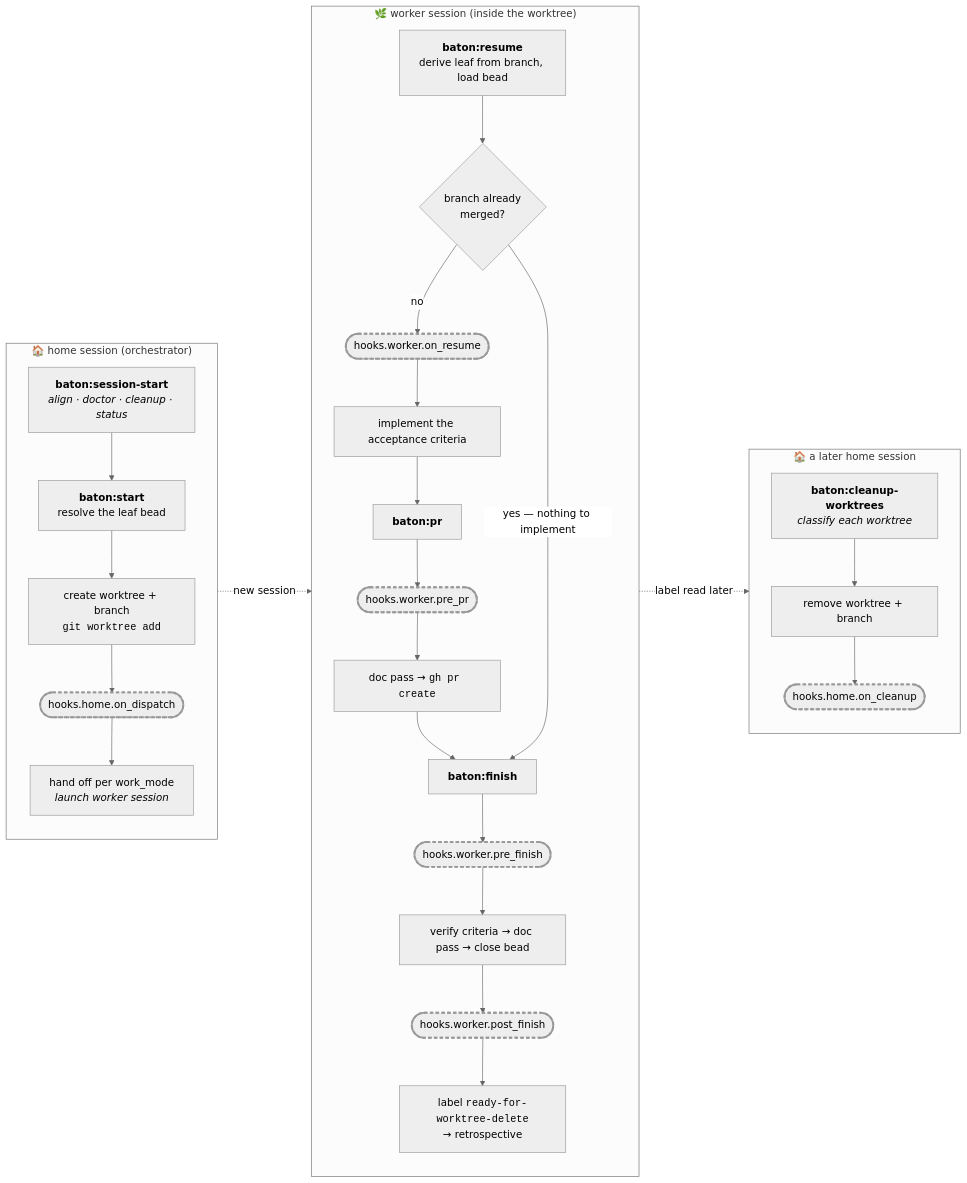
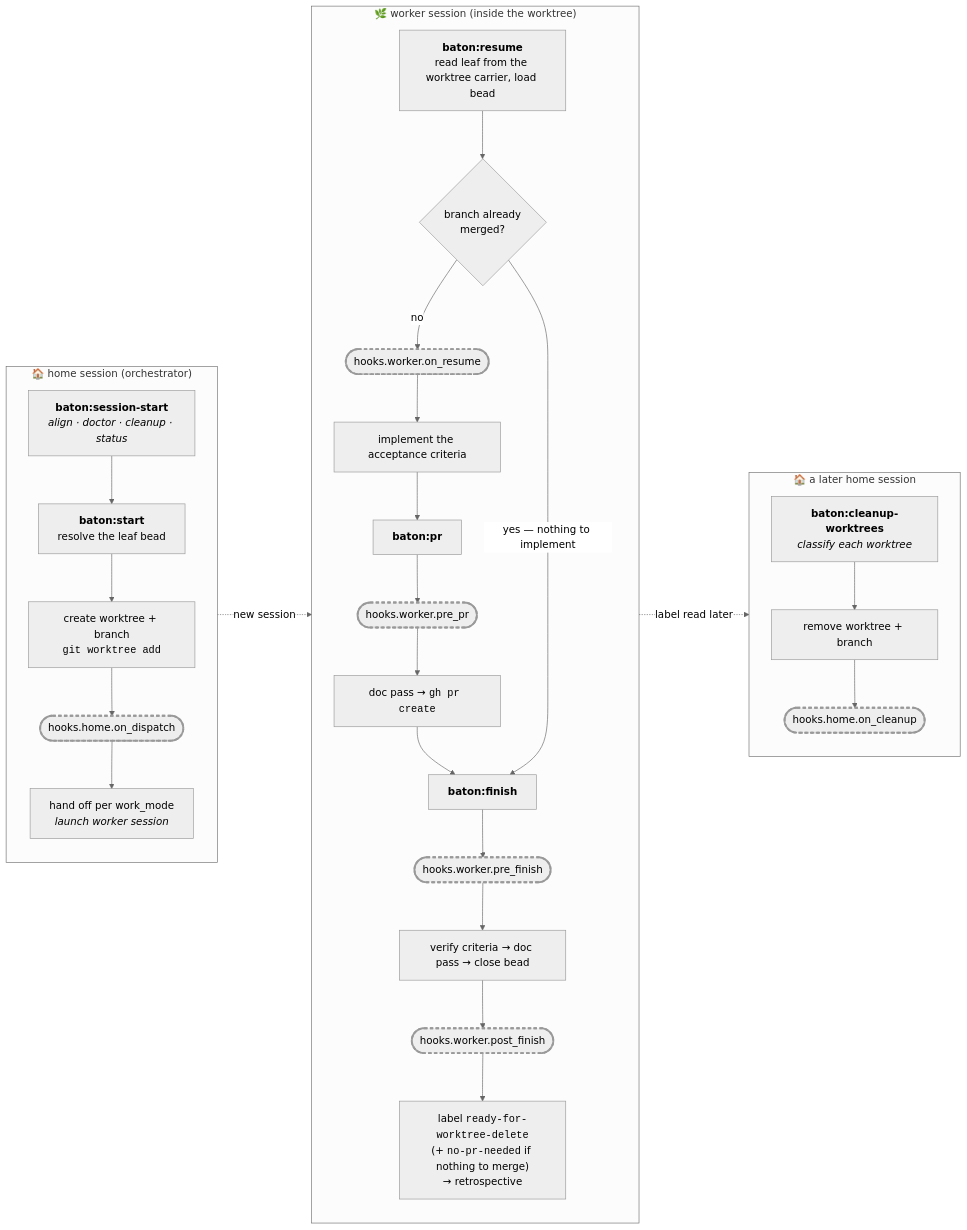
Before and after one commit to jhuizingh/maestro: the diagram in baton/README.md, drawn with Mermaid (neutral theme). The commit also changed other lines of this file and 11 other files, not shown here.

````diff
--- a/baton/README.md
+++ b/baton/README.md
@@ -95,45 +95,45 @@
 ```mermaid
 flowchart LR
     subgraph HOME["🏠 home session (orchestrator)"]
         direction TB
         SS["<b>baton:session-start</b><br/><i>align · doctor · cleanup · status</i>"]
         ST1["<b>baton:start</b><br/>resolve the leaf bead"]
         ST2["create worktree + branch<br/><code>git worktree add</code>"]
         HD(["hooks.home.on_dispatch"])
         ST3["hand off per work_mode<br/><i>launch worker session</i>"]
         SS --> ST1 --> ST2 --> HD --> ST3
     end
 
     subgraph WORKER["🌿 worker session (inside the worktree)"]
         direction TB
-        RS["<b>baton:resume</b><br/>derive leaf from branch, load bead"]
+        RS["<b>baton:resume</b><br/>read leaf from the worktree carrier, load bead"]
         MC{"branch already<br/>merged?"}
         WR(["hooks.worker.on_resume"])
         IMPL["implement the acceptance criteria"]
         PR1["<b>baton:pr</b>"]
         WP(["hooks.worker.pre_pr"])
         PR2["doc pass → <code>gh pr create</code>"]
         FI1["<b>baton:finish</b>"]
         WF(["hooks.worker.pre_finish"])
         FI2["verify criteria → doc pass → close bead"]
         WPF(["hooks.worker.post_finish"])
-        FI3["label <code>ready-for-worktree-delete</code><br/>→ retrospective"]
+        FI3["label <code>ready-for-worktree-delete</code><br/>(+ <code>no-pr-needed</code> if nothing to merge)<br/>→ retrospective"]
         RS --> MC
         MC -->|no| WR --> IMPL --> PR1 --> WP --> PR2 --> FI1 --> WF --> FI2 --> WPF --> FI3
         MC -->|"yes — nothing to implement"| FI1
     end
 
     subgraph LATER["🏠 a later home session"]
         direction TB
         CW["<b>baton:cleanup-worktrees</b><br/><i>classify each worktree</i>"]
         CW2["remove worktree + branch"]
         HC(["hooks.home.on_cleanup"])
         CW --> CW2 --> HC
     end
 
     ST3 -.->|new session| RS
     FI3 -.->|"label read later"| CW
 
     classDef hook stroke-width:3px,stroke-dasharray:5 4;
     class HD,HC,WR,WP,WF,WPF hook;
 ```
````
